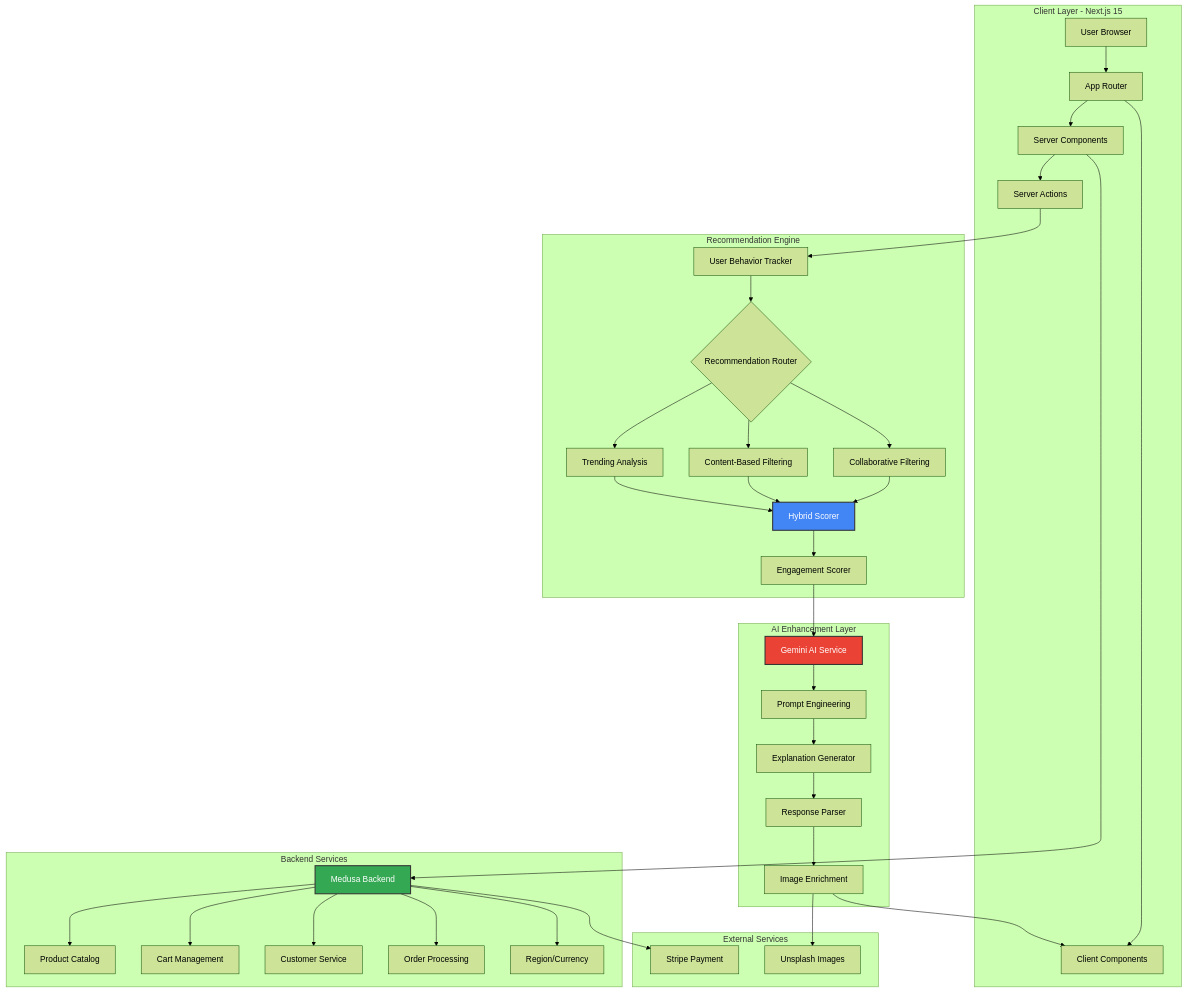
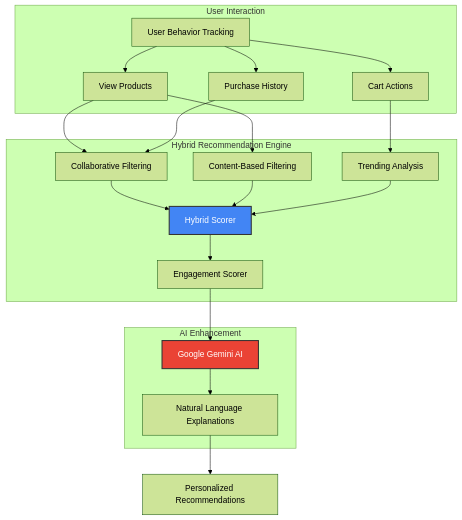
One commit to Max-Eee/E-commerce-recommender changed the diagram in README.md. Above: the diagram before and after it, drawn with Mermaid (forest theme). The commit also changed other lines of this file, not shown here.

````diff
--- a/README.md
+++ b/README.md
@@ -76,51 +33,30 @@
 ```mermaid
 graph TB
-    subgraph "Client Layer - Next.js 15"
-        A1[User Browser] --> A2[App Router]
-        A2 --> A3[Server Components]
-        A2 --> A4[Client Components]
-        A3 --> A5[Server Actions]
+    subgraph "User Interaction"
+        A1[User Behavior Tracking] --> A2[View Products]
+        A1 --> A3[Cart Actions]
+        A1 --> A4[Purchase History]
     end
     
-    subgraph "Recommendation Engine"
-        B1[User Behavior Tracker] --> B2{Recommendation Router}
-        B2 --> B3[Collaborative Filtering]
-        B2 --> B4[Content-Based Filtering]
-        B2 --> B5[Trending Analysis]
-        B3 --> B6[Hybrid Scorer]
-        B4 --> B6
-        B5 --> B6
-        B6 --> B7[Engagement Scorer]
+    subgraph "Hybrid Recommendation Engine"
+        B1[Collaborative Filtering] --> B4[Hybrid Scorer]
+        B2[Content-Based Filtering] --> B4
+        B3[Trending Analysis] --> B4
+        B4 --> B5[Engagement Scorer]
     end
     
-    subgraph "AI Enhancement Layer"
-        C1[Gemini AI Service] --> C2[Prompt Engineering]
-        C2 --> C3[Explanation Generator]
-        C3 --> C4[Response Parser]
-        C4 --> C5[Image Enrichment]
+    subgraph "AI Enhancement"
+        C1[Google Gemini AI] --> C2[Natural Language Explanations]
     end
     
-    subgraph "Backend Services"
-        D1[Medusa Backend] --> D2[Product Catalog]
-        D1 --> D3[Cart Management]
-        D1 --> D4[Customer Service]
-        D1 --> D5[Order Processing]
-        D1 --> D6[Region/Currency]
-    end
+    A2 --> B1
+    A2 --> B2
+    A3 --> B3
+    A4 --> B1
     
-    subgraph "External Services"
-        E1[Stripe Payment]
-        E2[Unsplash Images]
-    end
+    B5 --> C1
+    C2 --> D1[Personalized Recommendations]
     
-    A5 --> B1
-    B7 --> C1
-    C5 --> A4
-    A3 --> D1
-    D1 --> E1
-    C5 --> E2
-    
-    style B6 fill:#4285F4,stroke:#333,stroke-width:2px,color:#fff
+    style B4 fill:#4285F4,stroke:#333,stroke-width:2px,color:#fff
     style C1 fill:#EA4335,stroke:#333,stroke-width:2px,color:#fff
-    style D1 fill:#34A853,stroke:#333,stroke-width:2px,color:#fff
 ```
````
